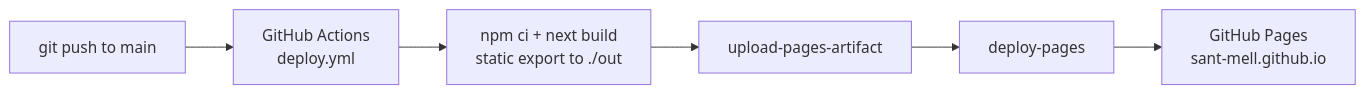
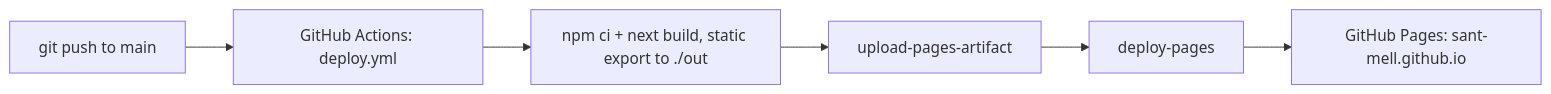
One commit to sant-mell/sant-mell.github.io changed the diagram in README.md. Above: the diagram before and after it, drawn with Mermaid.

Commit message:
Harden Mermaid diagram syntax for reliable GitHub rendering

````diff
--- a/README.md
+++ b/README.md
@@ -68,8 +68,8 @@
 ```mermaid
 flowchart LR
-    A[git push to main] --> B[GitHub Actions<br/>deploy.yml]
-    B --> C[npm ci + next build<br/>static export to ./out]
-    C --> D[upload-pages-artifact]
-    D --> E[deploy-pages]
-    E --> F[GitHub Pages<br/>sant-mell.github.io]
+    A["git push to main"] --> B["GitHub Actions: deploy.yml"]
+    B --> C["npm ci + next build, static export to ./out"]
+    C --> D["upload-pages-artifact"]
+    D --> E["deploy-pages"]
+    E --> F["GitHub Pages: sant-mell.github.io"]
 ```
````
